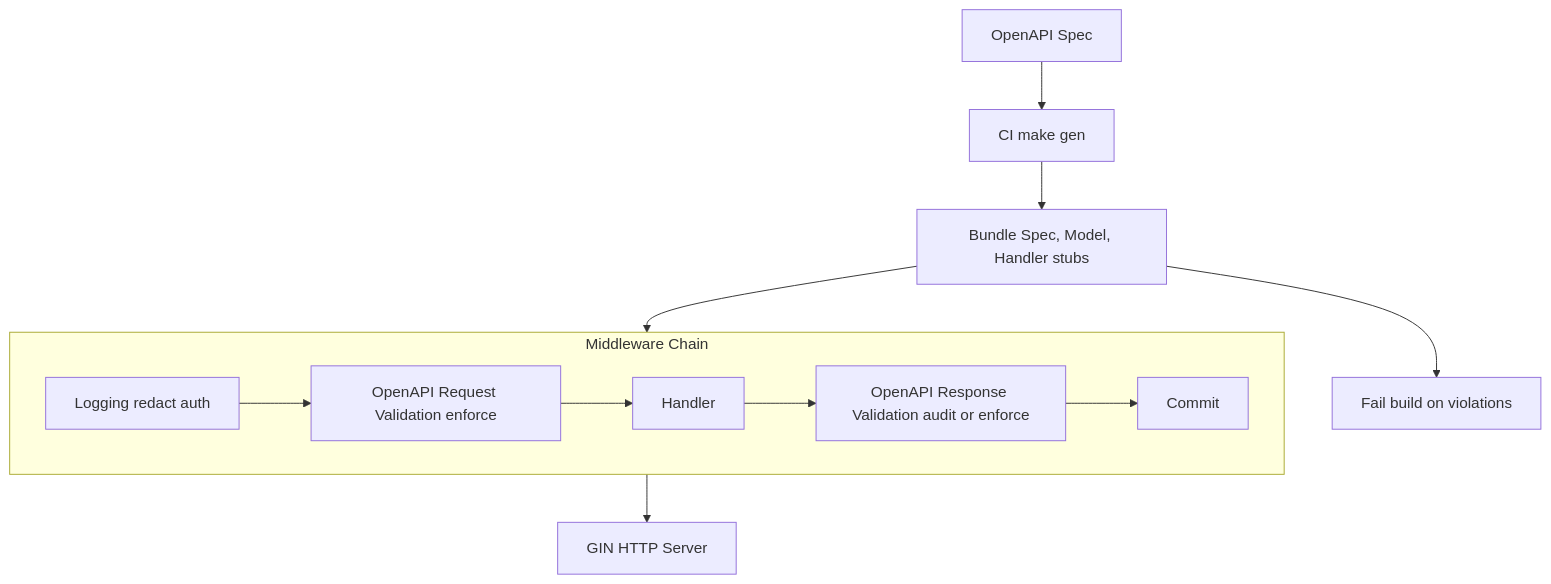
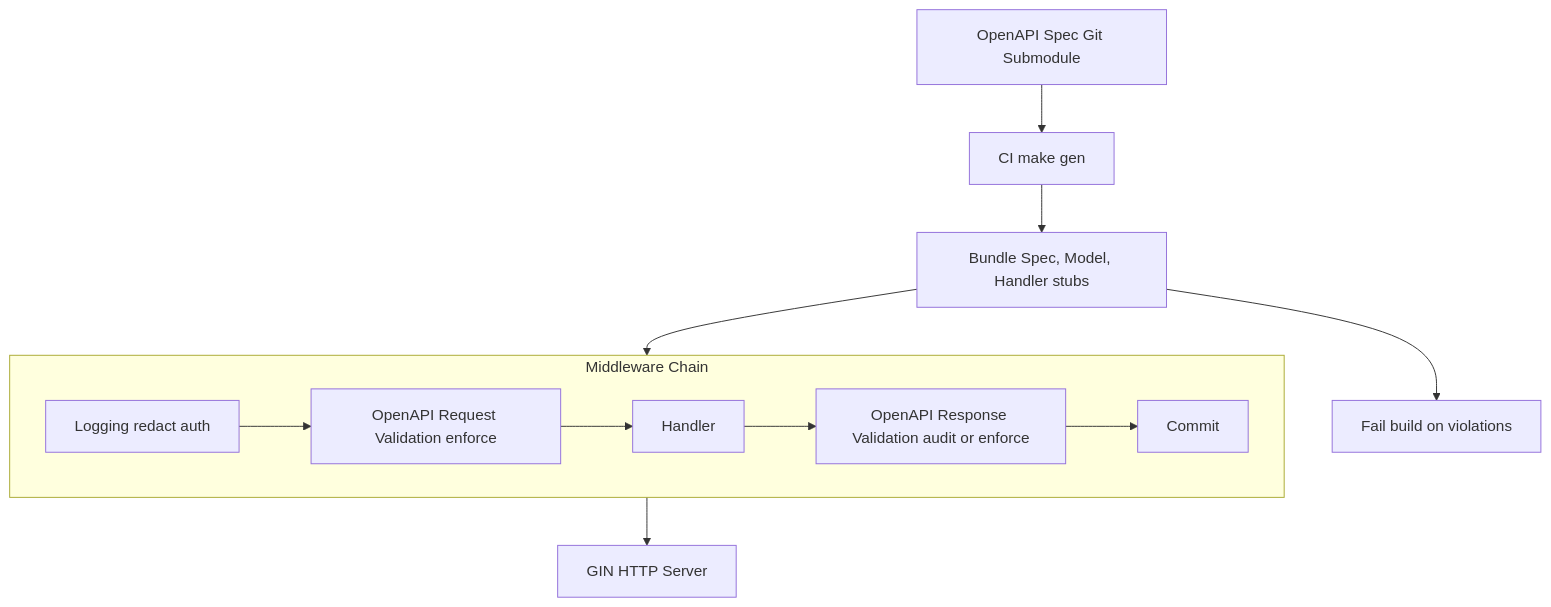
One commit to calypr/syfon changed the diagram in docs/adr/adr-0001-request-response-validation.md. Above: the diagram before and after it, drawn with Mermaid.

Commit message:
improve diagram

````diff
--- a/docs/adr/adr-0001-request-response-validation.md
+++ b/docs/adr/adr-0001-request-response-validation.md
@@ -40,18 +40,18 @@
 ```mermaid
 flowchart TB
-    Spec[OpenAPI Spec] --> CI
+    Spec[OpenAPI Spec Git Submodule] --> CI
     CI[CI make gen] --> Contract[Bundle Spec, Model, Handler stubs]
     Contract --> MiddlewareChain
     Contract --> Report[Fail build on violations]
  
     subgraph MiddlewareChain[Middleware Chain]
         LogReq[Logging redact auth] --> ReqVal[OpenAPI Request Validation enforce]
         ReqVal --> Handler
         Handler --> RespVal[OpenAPI Response Validation audit or enforce]
         RespVal --> Commit
     end
     
     MiddlewareChain --> Gin[GIN HTTP Server]
 
 
 ```
````
